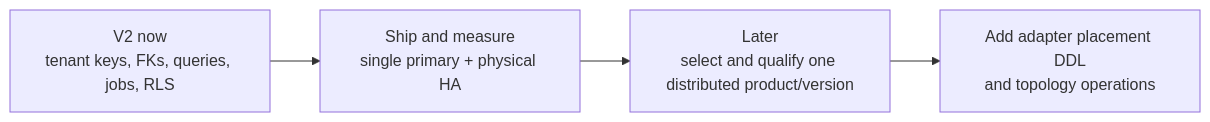
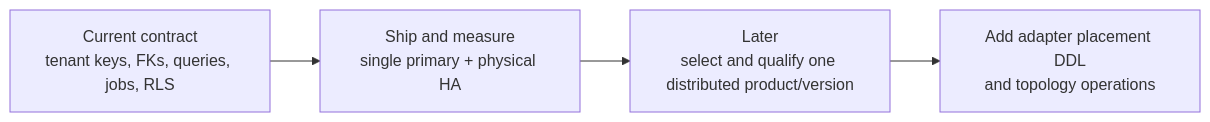
Before and after one commit to markhuangai/dense-mem: the first of 4 diagrams in PostgreSQL-Cluster-Safe-Schema.md, drawn with Mermaid. The commit also changed other lines of this file and 23 other files, not shown here.

````diff
--- a/PostgreSQL-Cluster-Safe-Schema.md
+++ b/PostgreSQL-Cluster-Safe-Schema.md
@@ -77,7 +77,7 @@
 ```mermaid
 %%{init: {"flowchart": {"curve": "linear"}}}%%
 flowchart LR
-  Contract["V2 now<br/>tenant keys, FKs, queries, jobs, RLS"] --> Single["Ship and measure<br/>single primary + physical HA"]
+  Contract["Current contract<br/>tenant keys, FKs, queries, jobs, RLS"] --> Single["Ship and measure<br/>single primary + physical HA"]
   Single --> Qualify["Later<br/>select and qualify one distributed product/version"]
   Qualify --> Place["Add adapter placement DDL<br/>and topology operations"]
 ```
````
